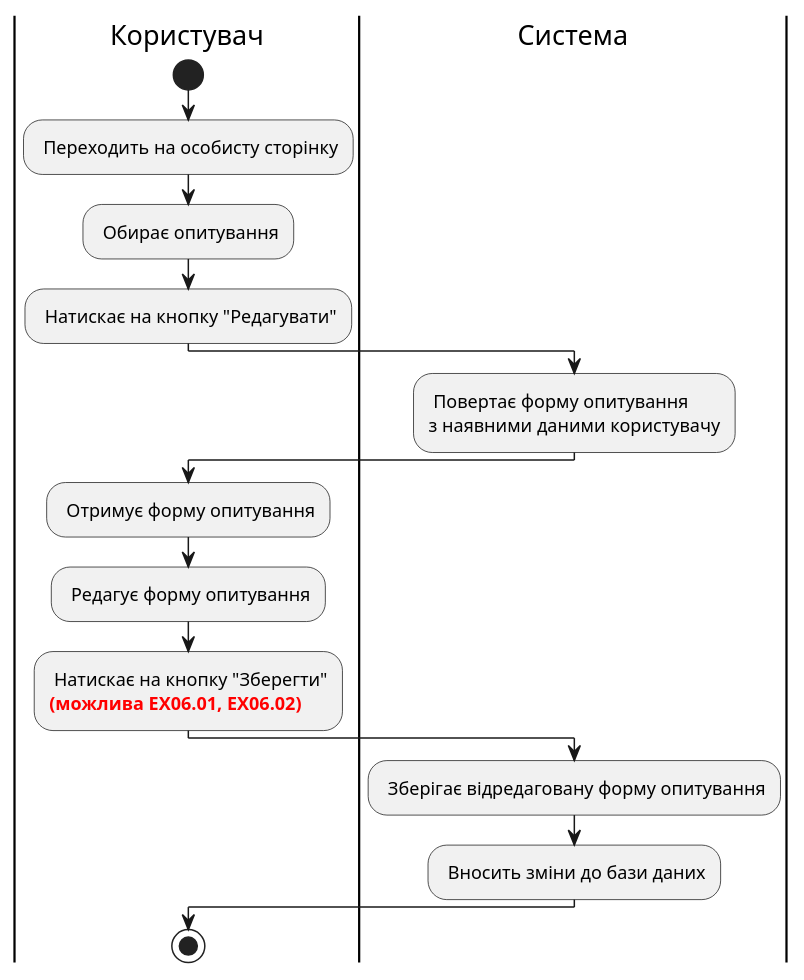
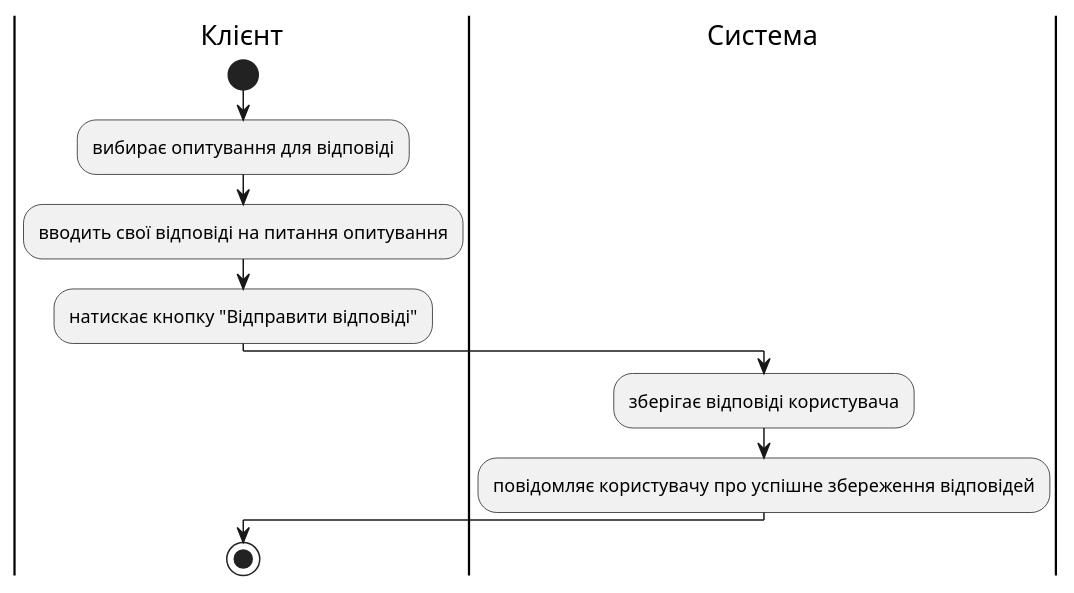
Before and after one commit to xivihwa/edu-db-cw-group1_violetta: the ninth of 15 diagrams in docs/use cases/README.md, drawn with PlantUML. The commit also changed other lines of this file, not shown here.

```diff
--- a/docs/use cases/README.md
+++ b/docs/use cases/README.md
@@ -283,27 +332,16 @@
 @startuml
 
-|Користувач|
+    |Клієнт|
+    start;
+    :вибирає опитування для відповіді;
+    :вводить свої відповіді на питання опитування;
+    :натискає кнопку "Відправити відповіді";
 
-    start
-    : Переходить на особисту сторінку;
-    : Обирає опитування;
-    : Натискає на кнопку "Редагувати";      
+    |Система|
+    :зберігає відповіді користувача;
+    :повідомляє користувачу про успішне збереження відповідей;
 
-|Система|
-
-: Повертає форму опитування\nз наявними даними користувачу;
-
-|Користувач|
-
-: Отримує форму опитування;
-: Редагує форму опитування;
-: Натискає на кнопку "Зберегти"\n<font color="red"><b>(можлива EX06.01, EX06.02);
-
-|Система|
-: Зберігає відредаговану форму опитування;
-: Вносить зміни до бази даних;
-
-|Користувач|
-stop;
+    |Клієнт|
+    stop;
 
 @enduml
```
